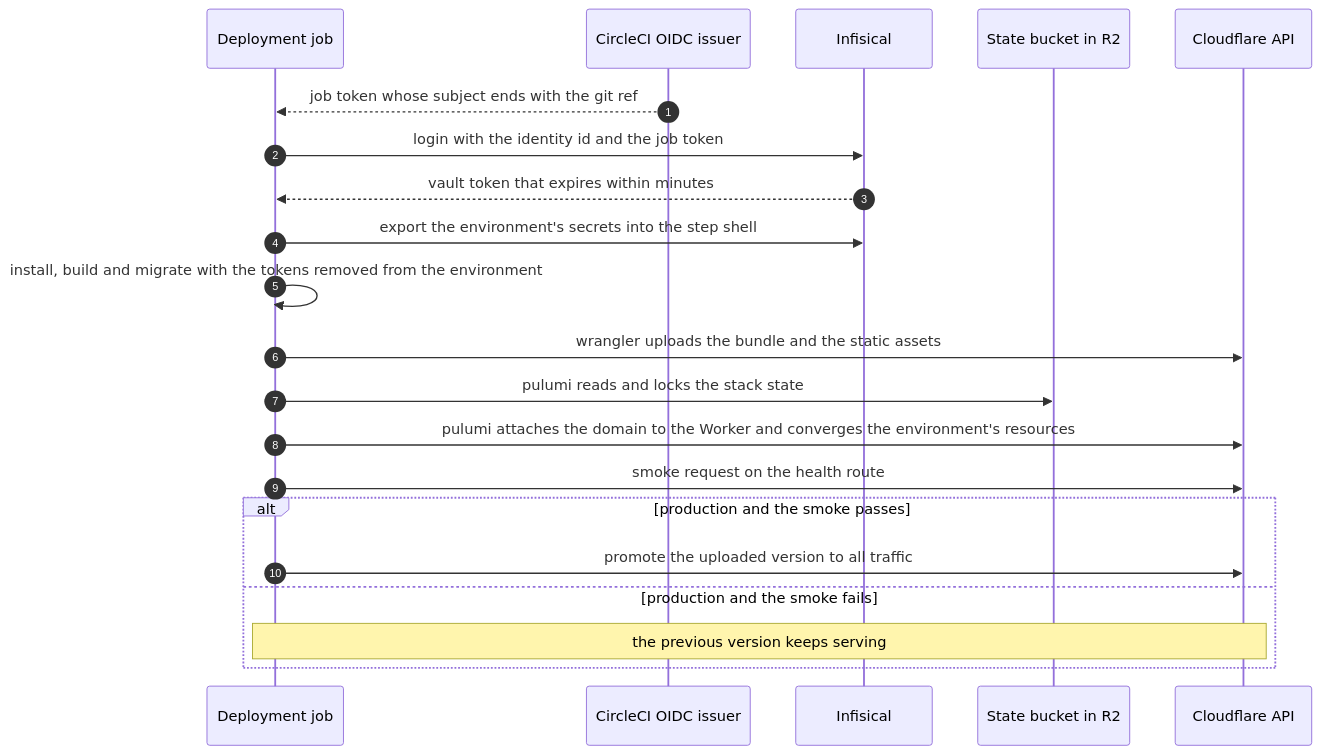
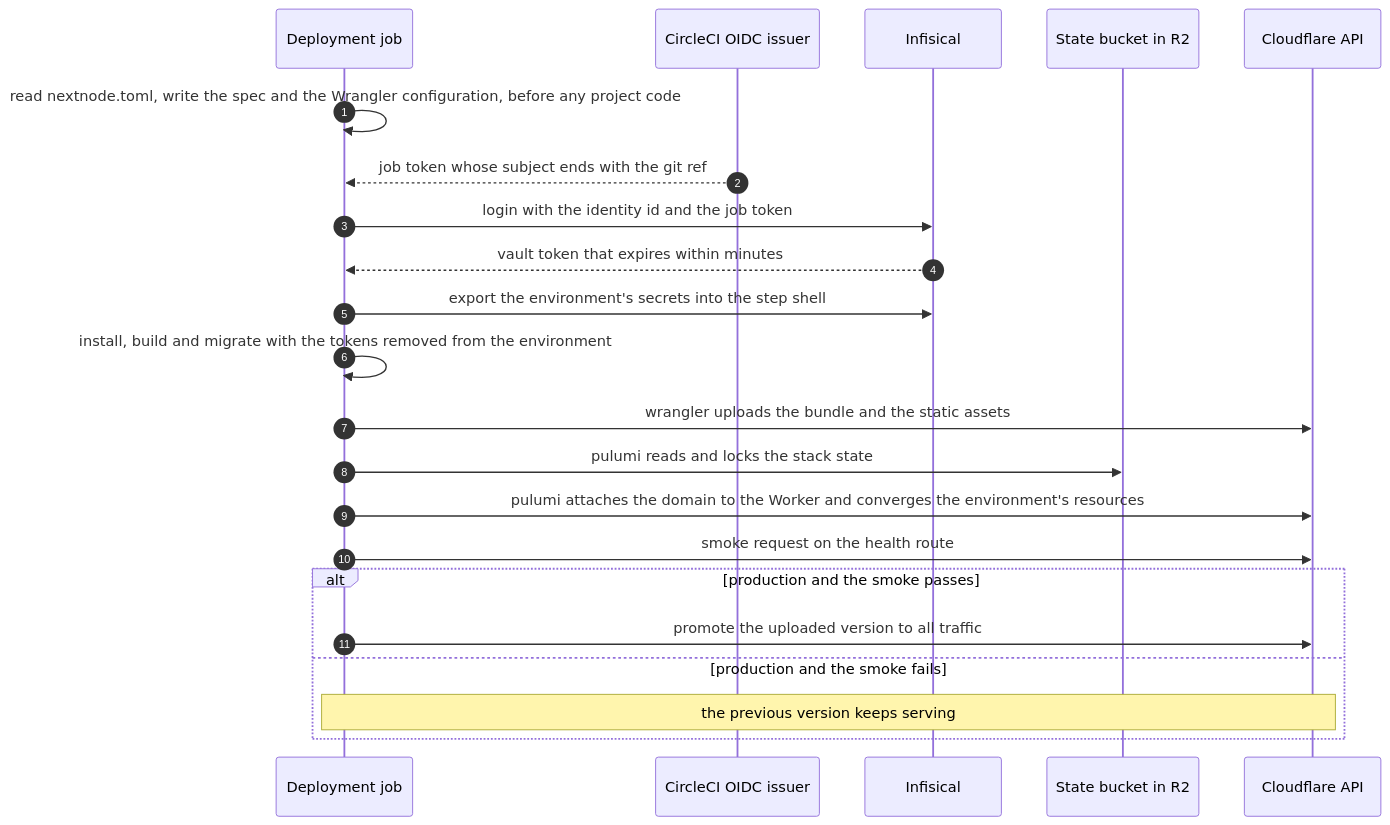
The third of 3 diagrams in docs/architecture.md (NextNodeSolutions/infrastructure), drawn with Mermaid before and after one commit. The commit also changed other lines of this file and 4 other files, not shown here.

Commit message:
ci: nextnode.toml carries the worker's wrangler keys and the read step generates the wrangler configuration

````diff
--- a/docs/architecture.md
+++ b/docs/architecture.md
@@ -85,23 +85,24 @@
 ```mermaid
 sequenceDiagram
     autonumber
     participant J as Deployment job
     participant O as CircleCI OIDC issuer
     participant V as Infisical
     participant S as State bucket in R2
     participant F as Cloudflare API
+    J->>J: read nextnode.toml, write the spec and the Wrangler configuration, before any project code
     O-->>J: job token whose subject ends with the git ref
     J->>V: login with the identity id and the job token
     V-->>J: vault token that expires within minutes
     J->>V: export the environment's secrets into the step shell
     J->>J: install, build and migrate with the tokens removed from the environment
     J->>F: wrangler uploads the bundle and the static assets
     J->>S: pulumi reads and locks the stack state
     J->>F: pulumi attaches the domain to the Worker and converges the environment's resources
     J->>F: smoke request on the health route
     alt production and the smoke passes
         J->>F: promote the uploaded version to all traffic
     else production and the smoke fails
         Note over J,F: the previous version keeps serving
     end
 ```
````
